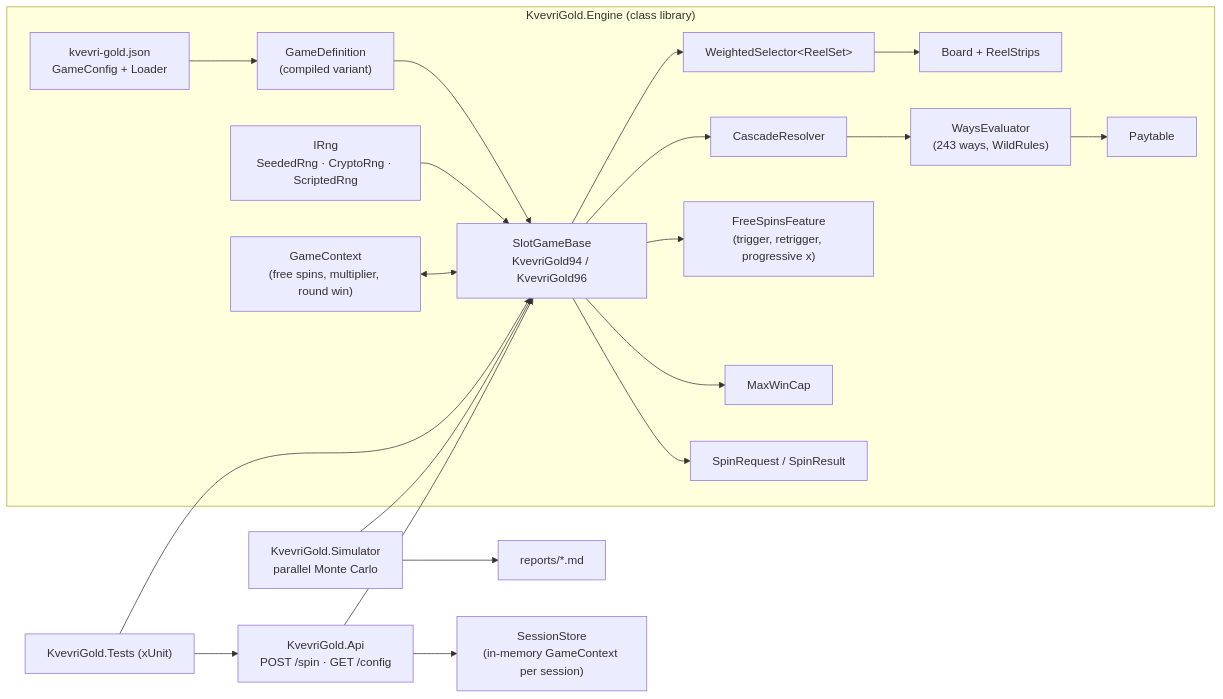
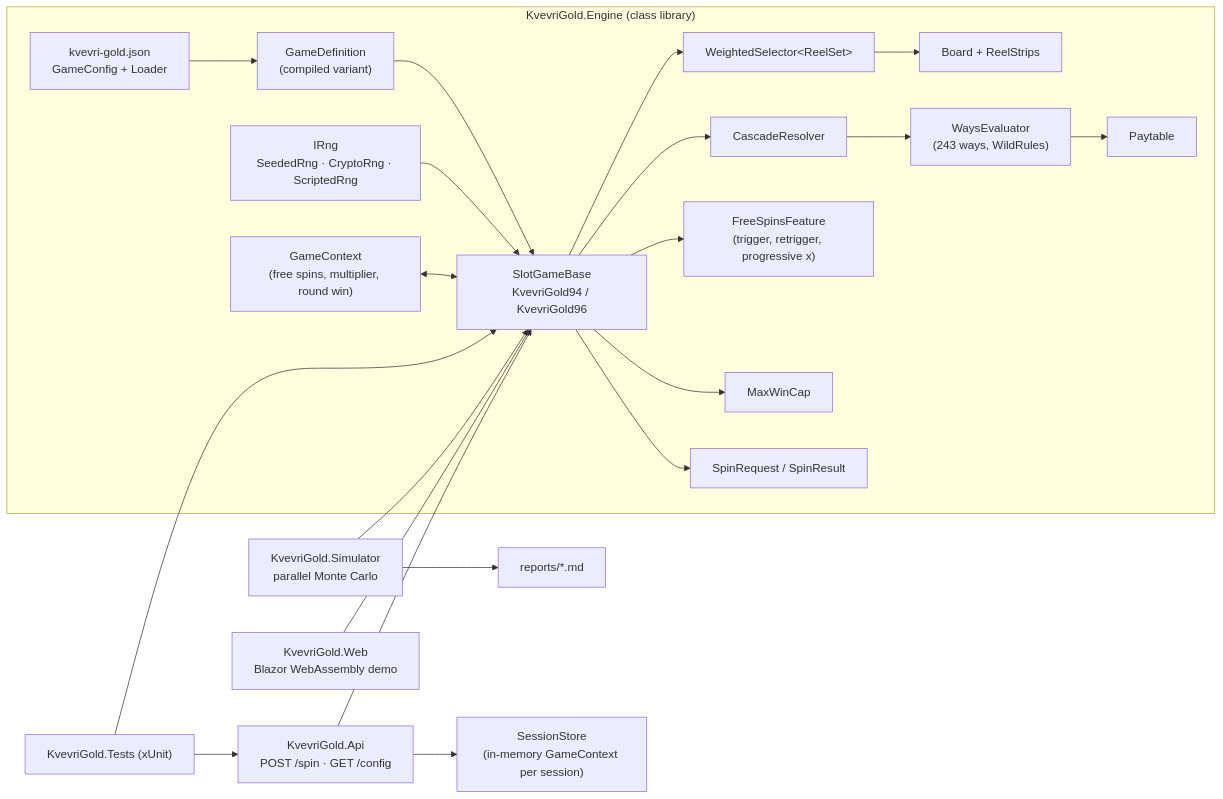
Before and after one commit to GiorgiMaghlakelidze/kvevri-gold: the diagram in README.md, drawn with Mermaid. The commit also changed other lines of this file and 2 other files, not shown here.

Commit message:
README: Play it link, screenshots and browser demo docs

````diff
--- a/README.md
+++ b/README.md
@@ -81,23 +98,24 @@
 ```mermaid
 flowchart LR
     subgraph Engine["KvevriGold.Engine (class library)"]
         CFG["kvevri-gold.json<br/>GameConfig + Loader"] --> DEF["GameDefinition<br/>(compiled variant)"]
         DEF --> GAME["SlotGameBase<br/>KvevriGold94 / KvevriGold96"]
         RNG["IRng<br/>SeededRng · CryptoRng · ScriptedRng"] --> GAME
         CTX["GameContext<br/>(free spins, multiplier, round win)"] <--> GAME
         GAME --> SEL["WeightedSelector&lt;ReelSet&gt;"]
         SEL --> BOARD["Board + ReelStrips"]
         GAME --> CAS["CascadeResolver"]
         CAS --> EVAL["WaysEvaluator<br/>(243 ways, WildRules)"]
         EVAL --> PAY["Paytable"]
         GAME --> FS["FreeSpinsFeature<br/>(trigger, retrigger, progressive x)"]
         GAME --> CAP["MaxWinCap"]
         GAME --> DTO["SpinRequest / SpinResult"]
     end
     SIM["KvevriGold.Simulator<br/>parallel Monte Carlo"] --> GAME
     SIM --> REP["reports/*.md"]
     API["KvevriGold.Api<br/>POST /spin · GET /config"] --> GAME
     API --> SESS["SessionStore<br/>(in-memory GameContext per session)"]
+    WEB["KvevriGold.Web<br/>Blazor WebAssembly demo"] --> GAME
     TESTS["KvevriGold.Tests (xUnit)"] --> GAME
     TESTS --> API
 ```
````
